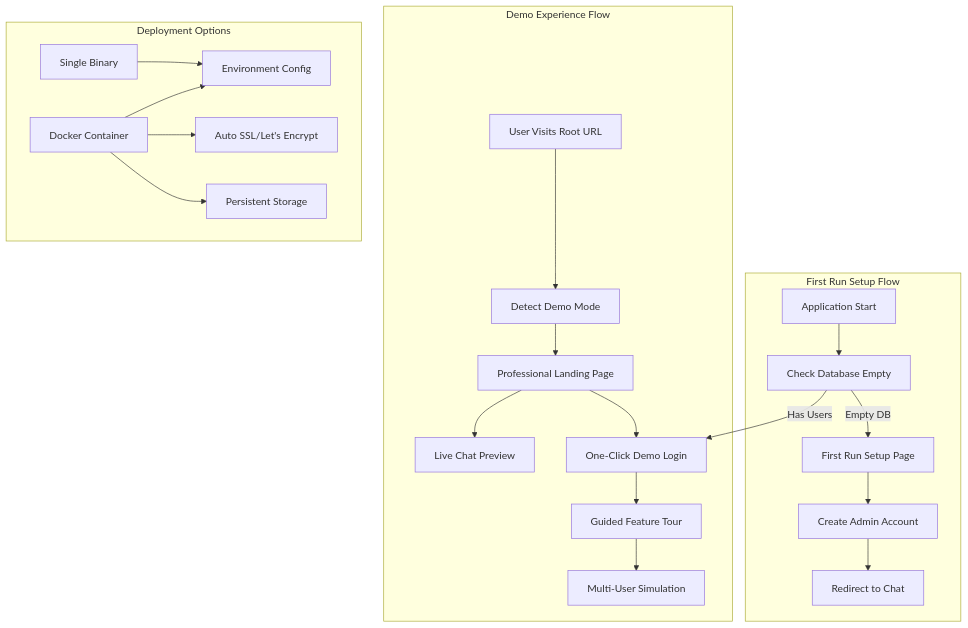
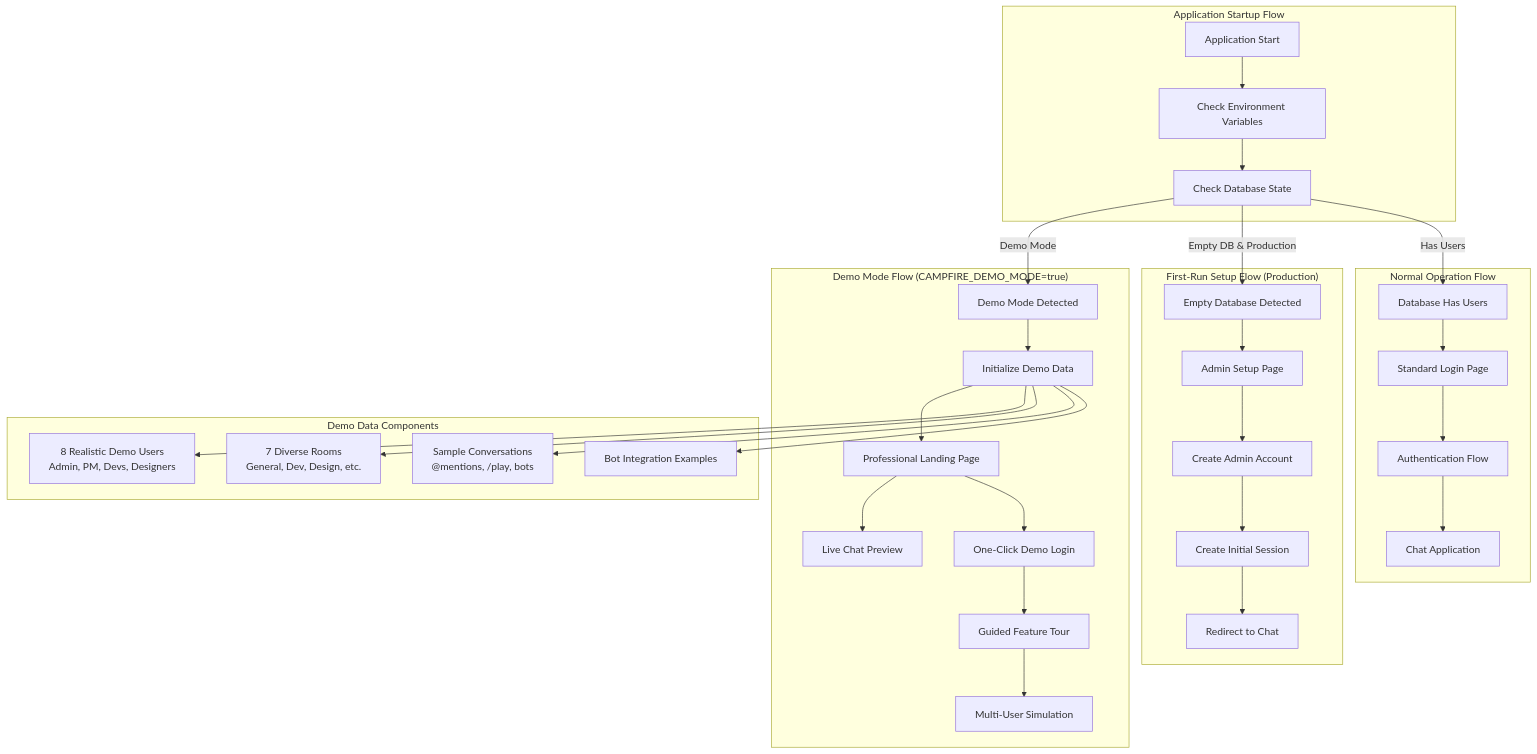
Before and after one commit to that-in-rust/campfire-on-rust: the second of 4 diagrams in .kiro/specs/campfire-rust-rewrite/design.md, drawn with Mermaid. The commit also changed other lines of this file, not shown here.

````diff
--- a/.kiro/specs/campfire-rust-rewrite/design.md
+++ b/.kiro/specs/campfire-rust-rewrite/design.md
@@ -87,46 +98,67 @@
 ```mermaid
 graph TB
-    subgraph "Demo Experience Flow"
-        VISIT[User Visits Root URL]
-        DETECT[Detect Demo Mode]
+    subgraph "Application Startup Flow"
+        START[Application Start]
+        ENV_CHECK[Check Environment Variables]
+        DB_CHECK[Check Database State]
+        
+        START --> ENV_CHECK
+        ENV_CHECK --> DB_CHECK
+    end
+    
+    subgraph "Demo Mode Flow (CAMPFIRE_DEMO_MODE=true)"
+        DEMO_DETECT[Demo Mode Detected]
+        DEMO_INIT[Initialize Demo Data]
         LANDING[Professional Landing Page]
         PREVIEW[Live Chat Preview]
-        LOGIN[One-Click Demo Login]
+        DEMO_LOGIN[One-Click Demo Login]
+        MULTI_USER[Multi-User Simulation]
         TOUR[Guided Feature Tour]
-        MULTI[Multi-User Simulation]
         
-        VISIT --> DETECT
-        DETECT --> LANDING
+        DB_CHECK -->|Demo Mode| DEMO_DETECT
+        DEMO_DETECT --> DEMO_INIT
+        DEMO_INIT --> LANDING
         LANDING --> PREVIEW
-        LANDING --> LOGIN
-        LOGIN --> TOUR
-        TOUR --> MULTI
+        LANDING --> DEMO_LOGIN
+        DEMO_LOGIN --> TOUR
+        TOUR --> MULTI_USER
     end
     
-    subgraph "First Run Setup Flow"
-        START[Application Start]
-        CHECK[Check Database Empty]
-        SETUP_PAGE[First Run Setup Page]
+    subgraph "First-Run Setup Flow (Production)"
+        EMPTY_DB[Empty Database Detected]
+        SETUP_PAGE[Admin Setup Page]
         ADMIN_CREATE[Create Admin Account]
-        REDIRECT[Redirect to Chat]
+        SESSION_CREATE[Create Initial Session]
+        REDIRECT_CHAT[Redirect to Chat]
         
-        START --> CHECK
-        CHECK -->|Empty DB| SETUP_PAGE
-        CHECK -->|Has Users| LOGIN
+        DB_CHECK -->|Empty DB & Production| EMPTY_DB
+        EMPTY_DB --> SETUP_PAGE
         SETUP_PAGE --> ADMIN_CREATE
-        ADMIN_CREATE --> REDIRECT
+        ADMIN_CREATE --> SESSION_CREATE
+        SESSION_CREATE --> REDIRECT_CHAT
     end
     
-    subgraph "Deployment Options"
-        DOCKER[Docker Container]
-        BINARY[Single Binary]
-        ENV[Environment Config]
-        SSL[Auto SSL/Let's Encrypt]
-        VOLUME[Persistent Storage]
+    subgraph "Normal Operation Flow"
+        EXISTING_DB[Database Has Users]
+        LOGIN_PAGE[Standard Login Page]
+        AUTH_FLOW[Authentication Flow]
+        CHAT_APP[Chat Application]
         
-        DOCKER --> ENV
-        DOCKER --> SSL
-        DOCKER --> VOLUME
-        BINARY --> ENV
+        DB_CHECK -->|Has Users| EXISTING_DB
+        EXISTING_DB --> LOGIN_PAGE
+        LOGIN_PAGE --> AUTH_FLOW
+        AUTH_FLOW --> CHAT_APP
+    end
+    
+    subgraph "Demo Data Components"
+        DEMO_USERS[8 Realistic Demo Users<br/>Admin, PM, Devs, Designers]
+        DEMO_ROOMS[7 Diverse Rooms<br/>General, Dev, Design, etc.]
+        DEMO_CONVOS[Sample Conversations<br/>@mentions, /play, bots]
+        DEMO_BOTS[Bot Integration Examples]
+        
+        DEMO_INIT --> DEMO_USERS
+        DEMO_INIT --> DEMO_ROOMS
+        DEMO_INIT --> DEMO_CONVOS
+        DEMO_INIT --> DEMO_BOTS
     end
 ```
````
